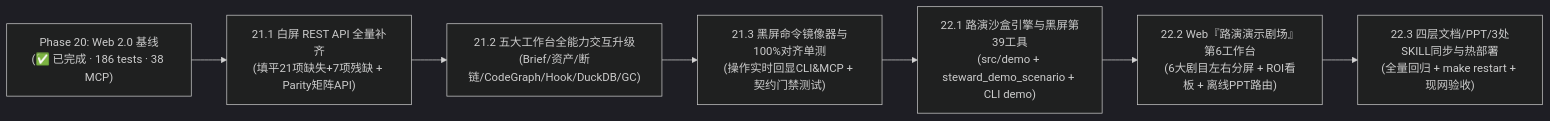
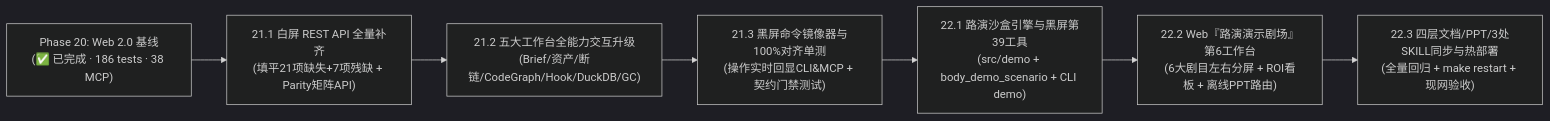
Before and after one commit to digoal/agent-body: the diagram in docs/src_doc/archive/roadmap-phase21-22.md, drawn with Mermaid (dark theme). The commit also changed other lines of this file and 214 other files, not shown here.

````diff
--- a/docs/src_doc/archive/roadmap-phase21-22.md
+++ b/docs/src_doc/archive/roadmap-phase21-22.md
@@ -92,9 +92,9 @@
 ```mermaid
 flowchart LR
     P20["Phase 20: Web 2.0 基线<br/>(✅ 已完成 · 186 tests · 38 MCP)"] --> P21A["21.1 白屏 REST API 全量补齐<br/>(填平21项缺失+7项残缺 + Parity矩阵API)"]
     P21A --> P21B["21.2 五大工作台全能力交互升级<br/>(Brief/资产/断链/CodeGraph/Hook/DuckDB/GC)"]
     P21B --> P21C["21.3 黑屏命令镜像器与100%对齐单测<br/>(操作实时回显CLI&MCP + 契约门禁测试)"]
-    P21C --> P22A["22.1 路演沙盒引擎与黑屏第39工具<br/>(src/demo + steward_demo_scenario + CLI demo)"]
+    P21C --> P22A["22.1 路演沙盒引擎与黑屏第39工具<br/>(src/demo + body_demo_scenario + CLI demo)"]
     P22A --> P22B["22.2 Web『路演演示剧场』第6工作台<br/>(6大剧目左右分屏 + ROI看板 + 离线PPT路由)"]
     P22B --> P22C["22.3 四层文档/PPT/3处SKILL同步与热部署<br/>(全量回归 + make restart + 现网验收)"]
 ```
````
